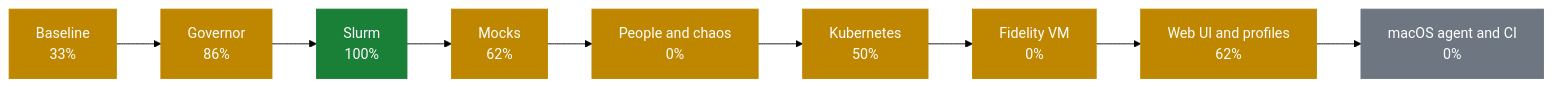
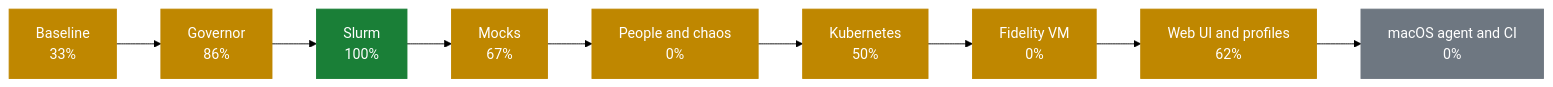
The first of 2 diagrams in docs/PROGRESS.md (AhmedYousriSobhi/workbench), drawn with Mermaid (forest theme) before and after one commit. The commit also changed other lines of this file and 9 other files, not shown here.

````diff
--- a/docs/PROGRESS.md
+++ b/docs/PROGRESS.md
@@ -10,17 +10,17 @@
 ```mermaid
 flowchart LR
     p0["Baseline<br/>33%"]:::partial
     p1["Governor<br/>86%"]:::partial
     p2["Slurm<br/>100%"]:::done
-    p3["Mocks<br/>62%"]:::partial
+    p3["Mocks<br/>67%"]:::partial
     p4["People and chaos<br/>0%"]:::partial
     p5["Kubernetes<br/>50%"]:::partial
     p6["Fidelity VM<br/>0%"]:::partial
     p7["Web UI and profiles<br/>62%"]:::partial
     p8["macOS agent and CI<br/>0%"]:::todo
     p0 --> p1 --> p2 --> p3 --> p4 --> p5 --> p6 --> p7 --> p8
     classDef done fill:#1a7f37,stroke:#1a7f37,color:#fff
     classDef review fill:#0969da,stroke:#0969da,color:#fff
     classDef partial fill:#bf8700,stroke:#bf8700,color:#fff
     classDef todo fill:#6e7781,stroke:#6e7781,color:#fff
 ```
````
